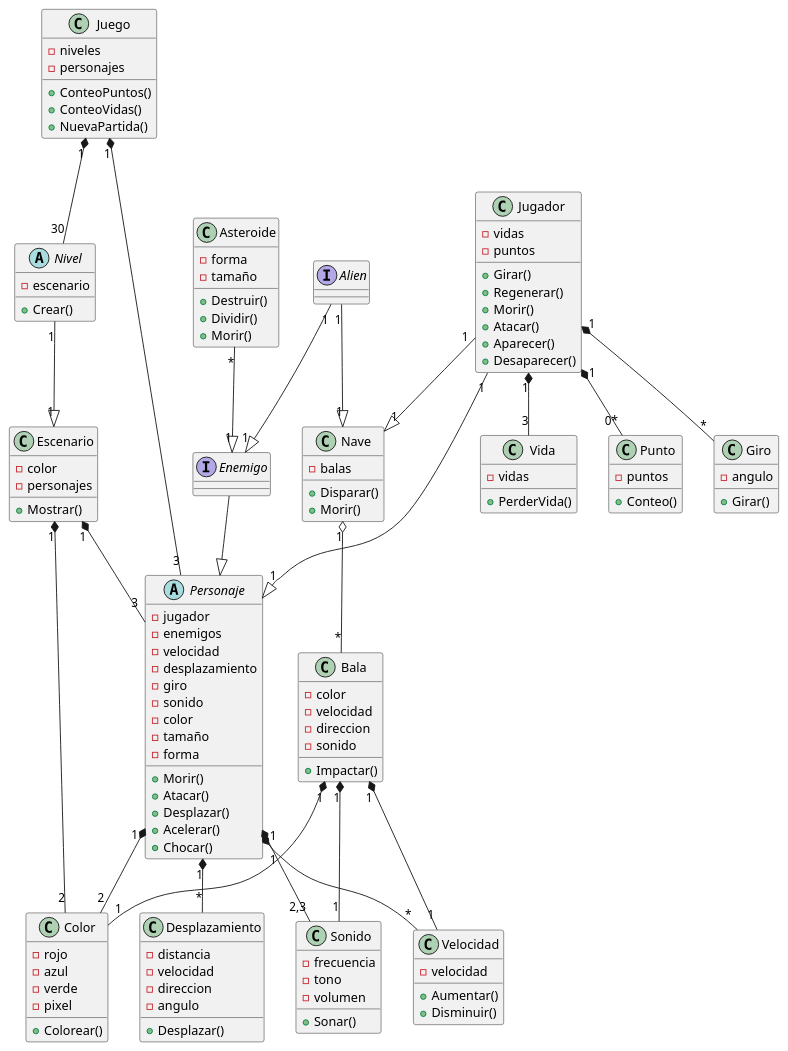
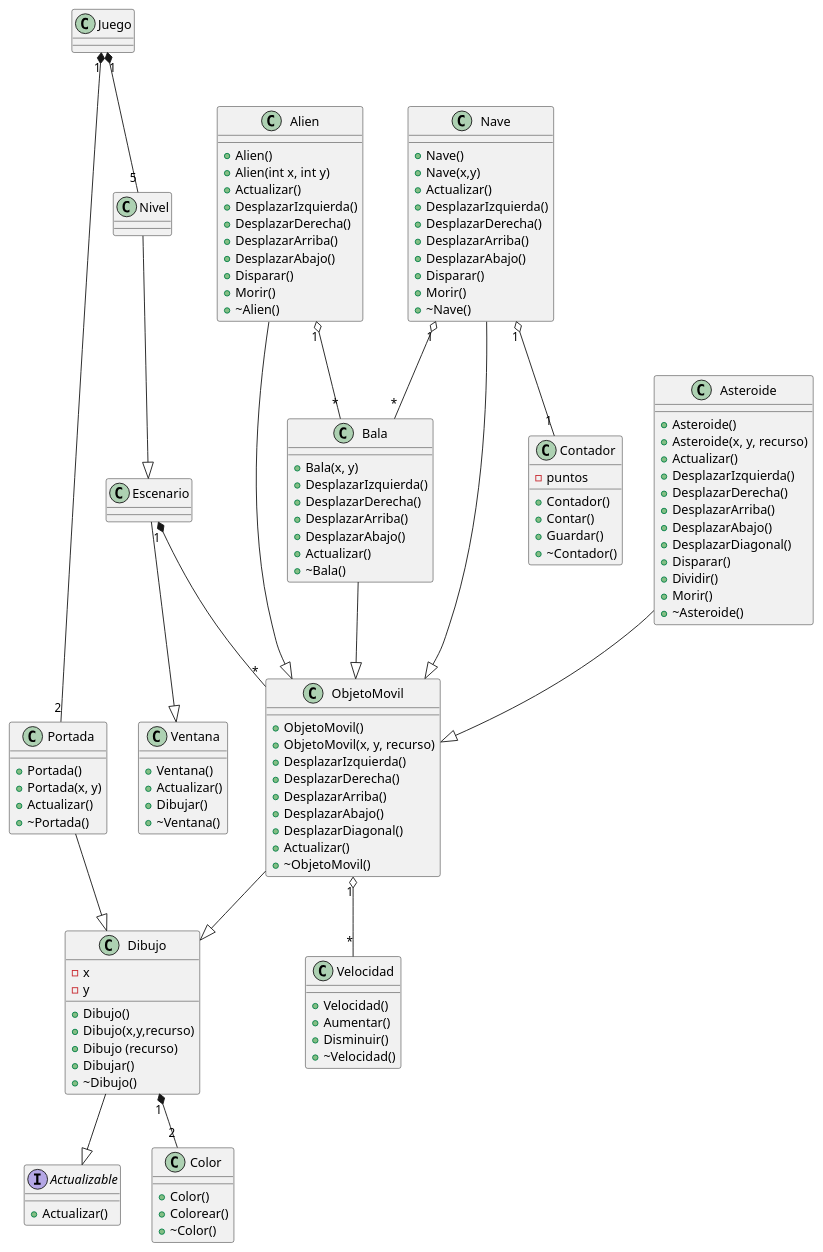
The diagram in docs/Diagrama.puml (Vanessa-22310274ceti/Asteroids_Vanessa_3F), drawn with PlantUML before and after one commit. The commit also changed 37 other files, not shown here.

```diff
--- a/docs/Diagrama.puml
+++ b/docs/Diagrama.puml
@@ -1,188 +1,150 @@
 
-class Juego
-{
-    - niveles
-    - personajes 
-
-    + ConteoPuntos()
-    + ConteoVidas()
-    + NuevaPartida()
-}
-
-abstract Nivel
-{
-    - escenario 
-    + Crear() 
-}
-
-class Escenario
-{
-    - color 
-    - personajes
-
-    + Mostrar()
-}
-
-abstract Personaje 
-{
-    - jugador 
-    - enemigos
-    - velocidad 
-    - desplazamiento 
-    - giro 
-    - sonido 
-    - color
-    - tamaño 
-    - forma 
-    
-    + Morir()
-    + Atacar()
-    + Desplazar() 
-    + Acelerar()
-    + Chocar()
-}
-
-class Jugador
-{
-    - vidas
-    - puntos 
-
-    + Girar()
-    + Regenerar()
-    + Morir()
-    + Atacar()
-    + Aparecer()
-    + Desaparecer()
-    
-}
-
-interface Enemigo
+class Juego 
 {
 
 }
 
-interface Alien 
+interface Actualizable
 {
+    + Actualizar()
+}
+
+class Alien 
+{
+    + Alien()
+    + Alien(int x, int y)
+    + Actualizar()
+    + DesplazarIzquierda()
+    + DesplazarDerecha()
+    + DesplazarArriba()
+    + DesplazarAbajo()
+    + Disparar()
+    + Morir()
+    + ~Alien()
 
 }
 
 class Asteroide
 {
-    - forma 
-    - tamaño
-
-    + Destruir()
+    + Asteroide()
+    + Asteroide(x, y, recurso)
+    + Actualizar()
+    + DesplazarIzquierda()
+    + DesplazarDerecha()
+    + DesplazarArriba()
+    + DesplazarAbajo()
+    + DesplazarDiagonal()
+    + Disparar()
     + Dividir()
     + Morir()
+    + ~Asteroide()
+}
+
+class Bala 
+{
+    + Bala(x, y)
+    + DesplazarIzquierda()
+    + DesplazarDerecha()
+    + DesplazarArriba()
+    + DesplazarAbajo()
+    + Actualizar()
+    + ~Bala()
+}
+
+class Dibujo
+{
+    - x
+    - y
+
+    + Dibujo()
+    + Dibujo(x,y,recurso)
+    + Dibujo (recurso)
+    + Dibujar()
+    + ~Dibujo()
 }
 
 class Nave
 {
-    - balas 
-
+    + Nave()
+    + Nave(x,y)
+    + Actualizar()
+    + DesplazarIzquierda()
+    + DesplazarDerecha()
+    + DesplazarArriba()
+    + DesplazarAbajo()
     + Disparar()
     + Morir()
+    + ~Nave()
 }
 
-class Bala
+class ObjetoMovil 
 {
-    - color 
-    - velocidad 
-    - direccion
-    - sonido
-
-    + Impactar()
+    + ObjetoMovil()
+    + ObjetoMovil(x, y, recurso)
+    + DesplazarIzquierda()
+    + DesplazarDerecha()
+    + DesplazarArriba()
+    + DesplazarAbajo()
+    + DesplazarDiagonal()
+    + Actualizar()
+    + ~ObjetoMovil()
 }
 
-class Sonido 
+class Portada 
 {
-    - frecuencia 
-    - tono 
-    - volumen
+    + Portada()
+    + Portada(x, y)
+    + Actualizar()
+    + ~Portada()
+}
 
-    + Sonar()
+class Ventana
+{
+    + Ventana()
+    + Actualizar()
+    + Dibujar()
+    + ~Ventana()
 }
-'class disparo es un sonido y un metodo de nave
 
 class Color
 {
-    - rojo
-    - azul
-    - verde 
-    - pixel
-
+    + Color()
     + Colorear()
-}
-'Class negro es un color
-
-class Vida
-{
-    - vidas
-    + PerderVida()
-}
-class Punto 
-{
-    - puntos
-    + Conteo()
-}
-
-class Giro 
-{
-    - angulo 
-
-    + Girar() 
-}
-
-class Desplazamiento
-{
-    - distancia
-    - velocidad 
-    - direccion
-    - angulo 
-
-    + Desplazar()
+    + ~Color()
 }
 
 class Velocidad
 {
-    - velocidad 
-
+    + Velocidad()
     + Aumentar()
     + Disminuir()
+    + ~Velocidad()
 }
 
+class Contador
+{
+    - puntos
 
+    + Contador()
+    + Contar()
+    + Guardar()
+    + ~Contador()
+}
 
-' Juego tiene:   
-Juego "1" *-- "30" Nivel
-    'Nivel es:
-    Nivel "1" --|> "1" Escenario 
-        'Escenario tiene:
-        Escenario "1" *-- "3" Personaje
-        Escenario "1" *-- "2" Color 
-Juego "1" *-- "3" Personaje
-    'Personajes tienen:
-    Personaje "1" *-- "*" Desplazamiento
-    Personaje "1" *-- "*" Velocidad
-    Personaje "1" *-- "2" Color
-    Personaje "1" *-- "2,3" Sonido
-    'Son personajes:
-    Jugador "1" --|> "1" Personaje 
-        'Jugador tiene:
-        Jugador "1" *-- "*" Giro
-        Jugador "1" *-- "3" Vida 
-        Jugador "1" *-- "0*" Punto
-        'Jugador es:
-        Jugador "1" --|> "1" Nave
-            'Nave tiene:
-            Nave "1" o-- "*" Bala
-                'Bala tiene:
-                Bala "1" *-- "1" Sonido
-                Bala "1" *-- "1" Color 
-                Bala "1" *-- "1" Velocidad
-    Enemigo --|> Personaje
-        'Enemigo es:
-        Alien "1" --|> "1" Enemigo
-            'Alien es:
-            Alien "1" --|> "1" Nave 
-        Asteroide "*" --|> "1" Enemigo
+Juego "1" *-- "2" Portada
+Juego "1" *-- "5" Nivel 
+Escenario "1" *-- "*" ObjetoMovil 
+Nave --|> ObjetoMovil
+Alien --|> ObjetoMovil 
+Bala --|> ObjetoMovil 
+Asteroide --|> ObjetoMovil 
+ObjetoMovil --|> Dibujo 
+ObjetoMovil "1" o-- "*" Velocidad 
+Portada --|> Dibujo 
+Nivel --|> Escenario 
+Escenario --|> Ventana
+Dibujo --|> Actualizable 
+Dibujo "1" *-- "2" Color
+Nave "1" o-- "*" Bala
+Alien "1" o-- "*" Bala 
+Nave "1" o-- "1" Contador
```
